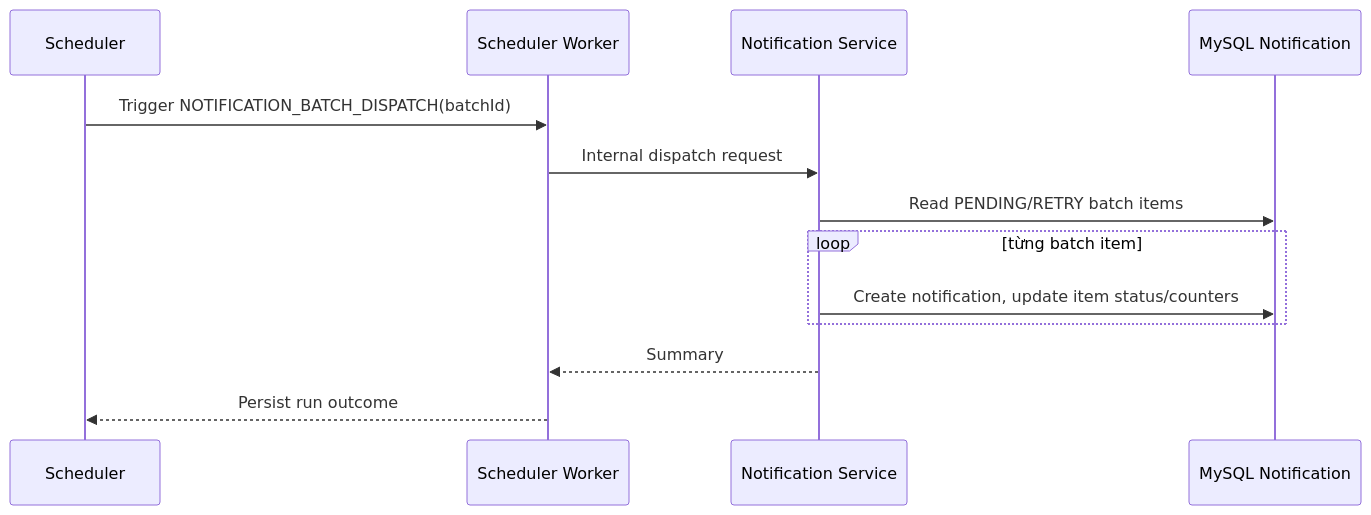
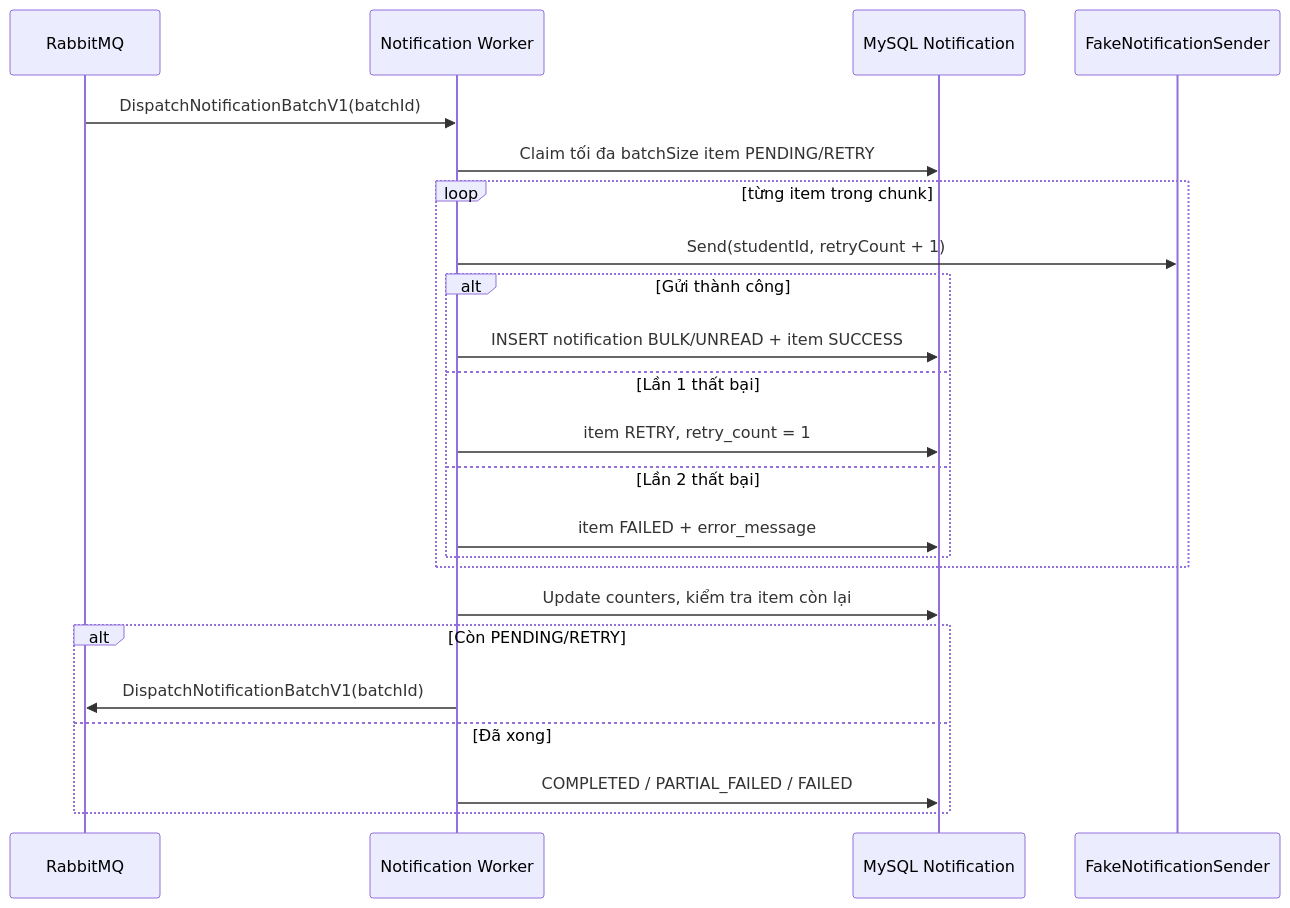
Before and after one commit to Minhduc7904/MiniProjectTrainingKaopiz: the third of 3 diagrams in ducnm3/docs/business-flows/notifications/bulk-notification.md, drawn with Mermaid. The commit also changed other lines of this file and 36 other files, not shown here.

Commit message:
Batch Job — gửi notification ~3k

````diff
--- a/ducnm3/docs/business-flows/notifications/bulk-notification.md
+++ b/ducnm3/docs/business-flows/notifications/bulk-notification.md
@@ -43,16 +66,26 @@
 ```mermaid
 sequenceDiagram
-    participant Scheduler
-    participant Worker as Scheduler Worker
-    participant Notification as Notification Service
+    participant Bus as RabbitMQ
+    participant Worker as Notification Worker
     participant DB as MySQL Notification
+    participant Sender as FakeNotificationSender
 
-    Scheduler->>Worker: Trigger NOTIFICATION_BATCH_DISPATCH(batchId)
-    Worker->>Notification: Internal dispatch request
-    Notification->>DB: Read PENDING/RETRY batch items
-    loop từng batch item
-        Notification->>DB: Create notification, update item status/counters
+    Bus->>Worker: DispatchNotificationBatchV1(batchId)
+    Worker->>DB: Claim tối đa batchSize item PENDING/RETRY
+    loop từng item trong chunk
+        Worker->>Sender: Send(studentId, retryCount + 1)
+        alt Gửi thành công
+            Worker->>DB: INSERT notification BULK/UNREAD + item SUCCESS
+        else Lần 1 thất bại
+            Worker->>DB: item RETRY, retry_count = 1
+        else Lần 2 thất bại
+            Worker->>DB: item FAILED + error_message
+        end
     end
-    Notification-->>Worker: Summary
-    Worker-->>Scheduler: Persist run outcome
+    Worker->>DB: Update counters, kiểm tra item còn lại
+    alt Còn PENDING/RETRY
+        Worker->>Bus: DispatchNotificationBatchV1(batchId)
+    else Đã xong
+        Worker->>DB: COMPLETED / PARTIAL_FAILED / FAILED
+    end
 ```
````
